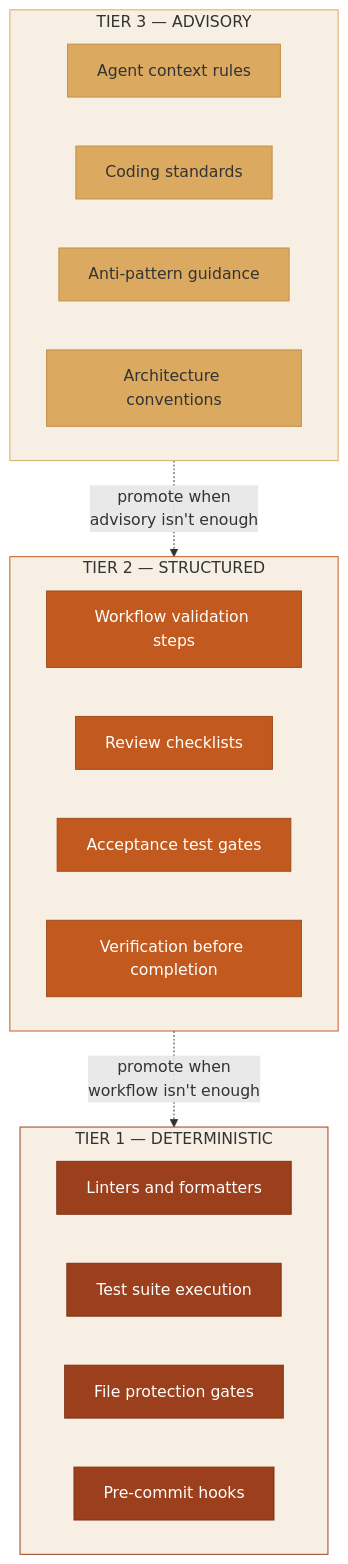
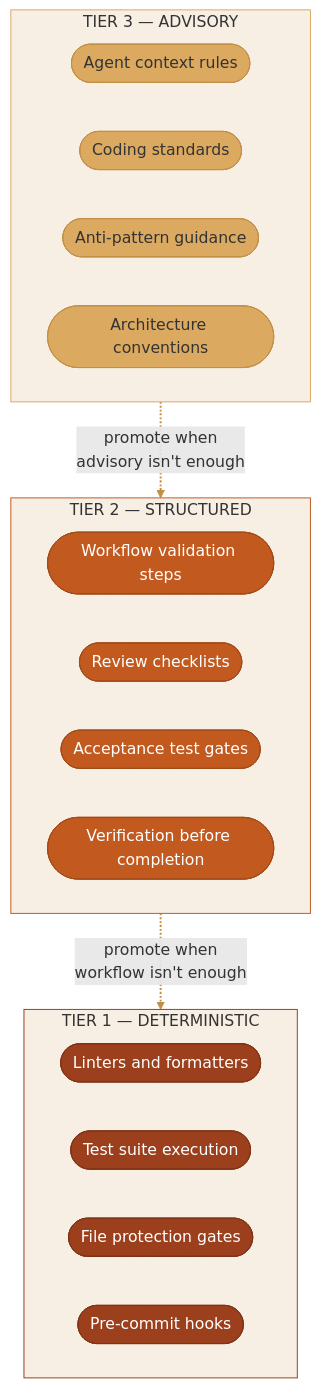
Before and after one commit to iamsteveholmes/momentum: the fourth of 4 diagrams in docs/philosophy.md, drawn with Mermaid. The commit also changed other lines of this file and 1 other file, not shown here.

First line of the commit message:
feat(design): stadium-pill nodes and warm sand arrows in all Mermaid diagrams

````diff
--- a/docs/philosophy.md
+++ b/docs/philosophy.md
@@ -102,42 +105,43 @@
 ```mermaid
 graph TD
     subgraph tier1 ["TIER 1 — DETERMINISTIC"]
-        D1["Linters and formatters"]
-        D2["Test suite execution"]
-        D3["File protection gates"]
-        D4["Pre-commit hooks"]
+        D1(["Linters and formatters"])
+        D2(["Test suite execution"])
+        D3(["File protection gates"])
+        D4(["Pre-commit hooks"])
     end
 
     subgraph tier2 ["TIER 2 — STRUCTURED"]
-        S1["Workflow validation steps"]
-        S2["Review checklists"]
-        S3["Acceptance test gates"]
-        S4["Verification before completion"]
+        S1(["Workflow validation steps"])
+        S2(["Review checklists"])
+        S3(["Acceptance test gates"])
+        S4(["Verification before completion"])
     end
 
     subgraph tier3 ["TIER 3 — ADVISORY"]
-        A1["Agent context rules"]
-        A2["Coding standards"]
-        A3["Anti-pattern guidance"]
-        A4["Architecture conventions"]
+        A1(["Agent context rules"])
+        A2(["Coding standards"])
+        A3(["Anti-pattern guidance"])
+        A4(["Architecture conventions"])
     end
 
     tier3 -. "promote when<br/>advisory isn't enough" .-> tier2
     tier2 -. "promote when<br/>workflow isn't enough" .-> tier1
 
     style tier1 fill:#F7EFE3,stroke:#9C3F1C,color:#333
     style tier2 fill:#F7EFE3,stroke:#C25A1F,color:#333
     style tier3 fill:#F7EFE3,stroke:#DBA960,color:#333
     style D1 fill:#9C3F1C,stroke:#7E3214,color:#fff
     style D2 fill:#9C3F1C,stroke:#7E3214,color:#fff
     style D3 fill:#9C3F1C,stroke:#7E3214,color:#fff
     style D4 fill:#9C3F1C,stroke:#7E3214,color:#fff
     style S1 fill:#C25A1F,stroke:#A04A18,color:#fff
     style S2 fill:#C25A1F,stroke:#A04A18,color:#fff
     style S3 fill:#C25A1F,stroke:#A04A18,color:#fff
     style S4 fill:#C25A1F,stroke:#A04A18,color:#fff
     style A1 fill:#DBA960,stroke:#C28F47,color:#333
     style A2 fill:#DBA960,stroke:#C28F47,color:#333
     style A3 fill:#DBA960,stroke:#C28F47,color:#333
     style A4 fill:#DBA960,stroke:#C28F47,color:#333
+    linkStyle default stroke:#C28F47,stroke-width:2px
 ```
````
